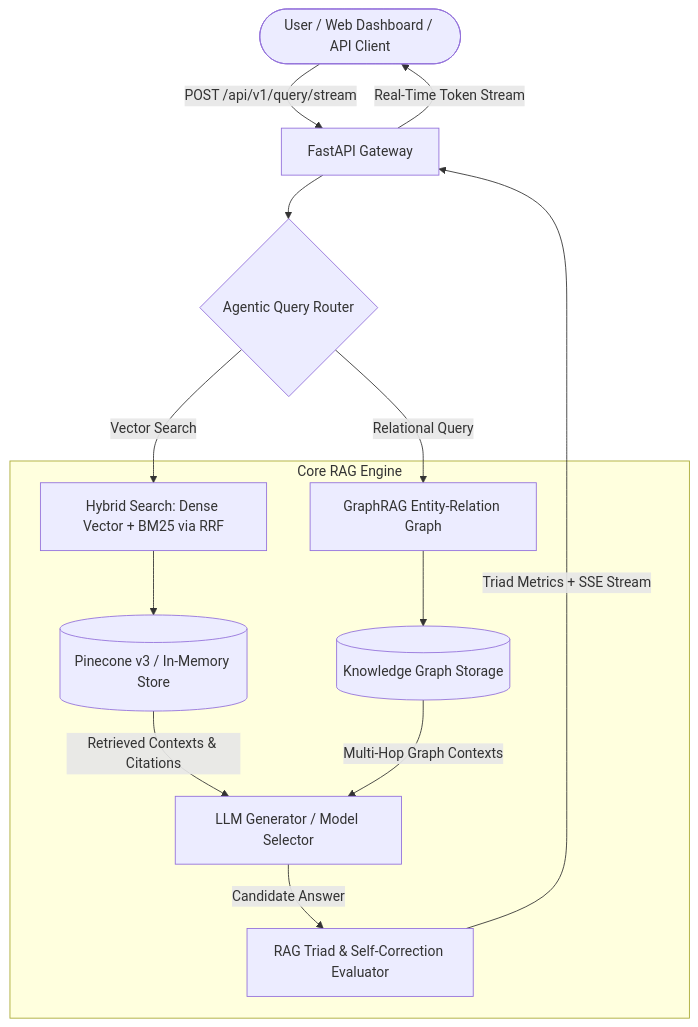
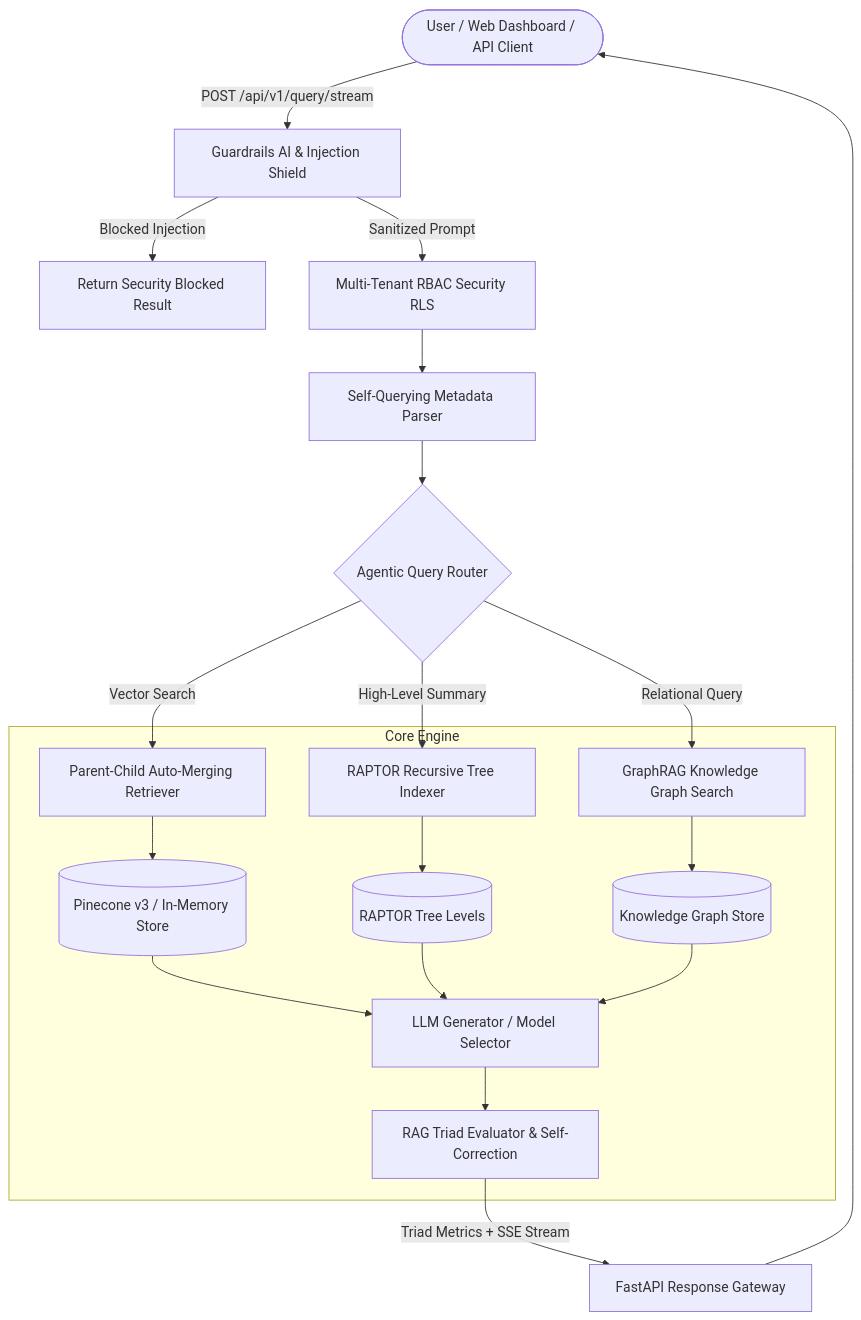
One commit to udbhav968-creator/RAG-PROJECT changed the diagram in README.md. Above: the diagram before and after it, drawn with Mermaid. The commit also changed other lines of this file and 13 other files, not shown here.

Commit message:
feat(v3.0): release top 0.1% world-class RAG suite with RBAC RLS, Guardrails AI, RAPTOR, Parent-Child auto-merging, and Graph Canvas

````diff
--- a/README.md
+++ b/README.md
@@ -33,22 +31,29 @@
 ```mermaid
 flowchart TD
-    User([User / Web Dashboard / API Client]) -->|POST /api/v1/query/stream| API[FastAPI Gateway]
+    User([User / Web Dashboard / API Client]) -->|POST /api/v1/query/stream| Guardrails[Guardrails AI & Injection Shield]
     
-    API --> AgentRouter{Agentic Query Router}
+    Guardrails -- Blocked Injection --> BlockResp[Return Security Blocked Result]
+    Guardrails -- Sanitized Prompt --> Security[Multi-Tenant RBAC Security RLS]
     
-    AgentRouter -->|Vector Search| HybridSearch[Hybrid Search: Dense Vector + BM25 via RRF]
-    AgentRouter -->|Relational Query| GraphRAG[GraphRAG Entity-Relation Graph]
+    Security --> SelfQuery[Self-Querying Metadata Parser]
+    SelfQuery --> AgentRouter{Agentic Query Router}
     
-    subgraph Core RAG Engine
-        HybridSearch --> VectorDB[(Pinecone v3 / In-Memory Store)]
-        GraphRAG --> GraphEngine[(Knowledge Graph Storage)]
+    AgentRouter -->|Vector Search| ParentChild[Parent-Child Auto-Merging Retriever]
+    AgentRouter -->|High-Level Summary| RAPTOR[RAPTOR Recursive Tree Indexer]
+    AgentRouter -->|Relational Query| GraphRAG[GraphRAG Knowledge Graph Search]
+    
+    subgraph Core Engine
+        ParentChild --> VectorDB[(Pinecone v3 / In-Memory Store)]
+        RAPTOR --> RaptorStore[(RAPTOR Tree Levels)]
+        GraphRAG --> GraphStore[(Knowledge Graph Store)]
         
-        VectorDB -->|Retrieved Contexts & Citations| Generator[LLM Generator / Model Selector]
-        GraphEngine -->|Multi-Hop Graph Contexts| Generator
+        VectorDB --> Generator[LLM Generator / Model Selector]
+        RaptorStore --> Generator
+        GraphStore --> Generator
         
-        Generator -->|Candidate Answer| Evaluator[RAG Triad & Self-Correction Evaluator]
+        Generator --> Evaluator[RAG Triad Evaluator & Self-Correction]
     end
     
-    Evaluator -->|Triad Metrics + SSE Stream| API
-    API -->|Real-Time Token Stream| User
+    Evaluator -->|Triad Metrics + SSE Stream| API[FastAPI Response Gateway]
+    API --> User
 ```
````
